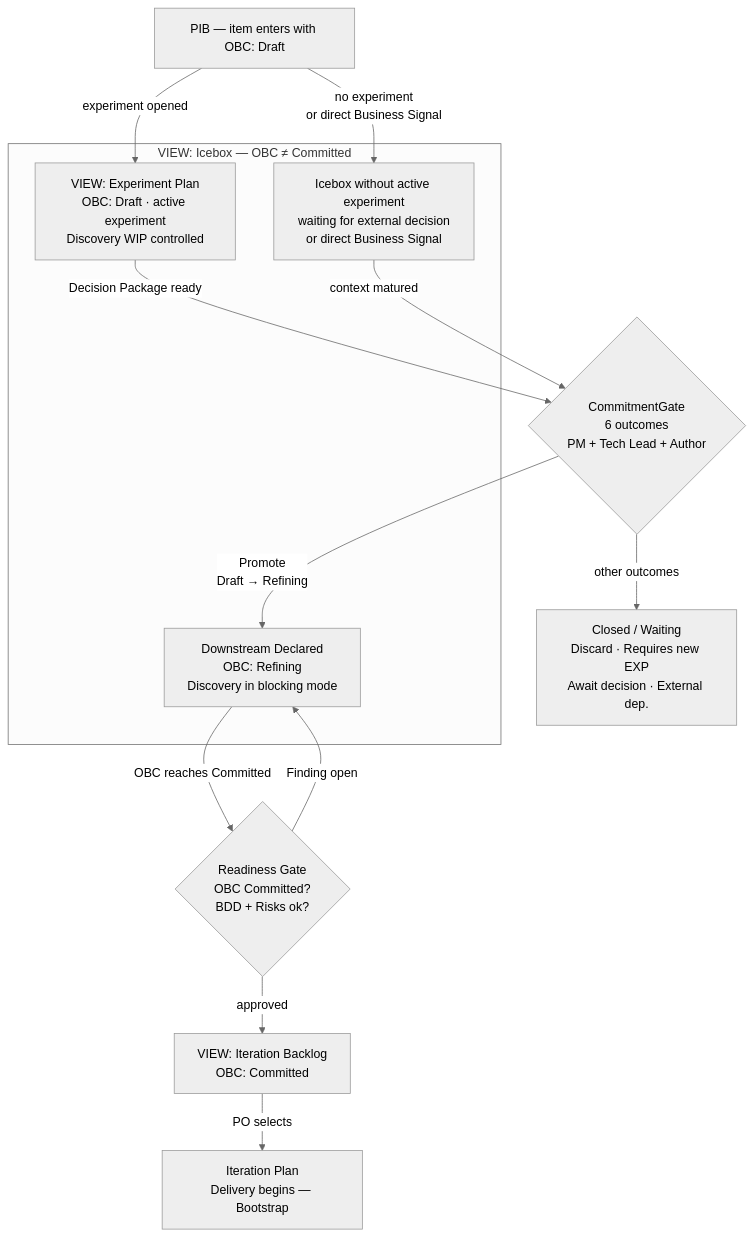
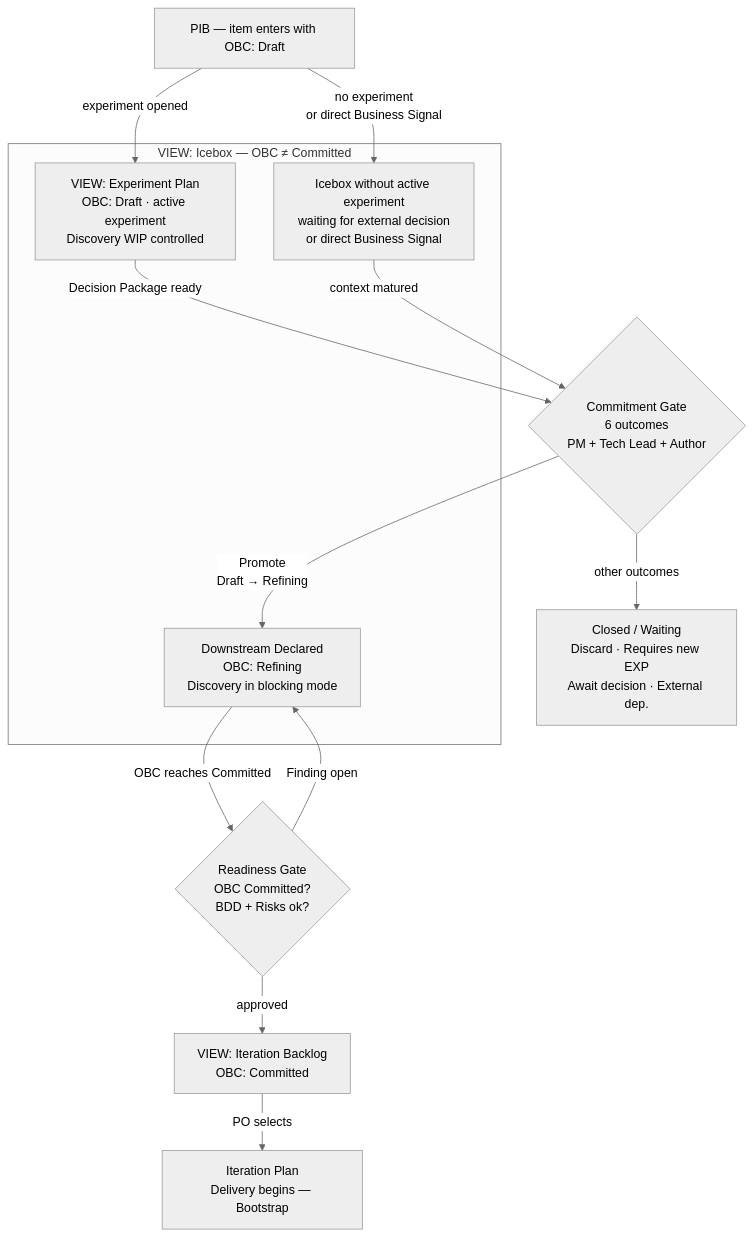
One commit to produtoreativo/from-intent-to-outcome changed the third of 3 diagrams in en/chapter-05.md. Above: the diagram before and after it, drawn with Mermaid (neutral theme). The commit also changed other lines of this file and 26 other files, not shown here.

````diff
--- a/en/chapter-05.md
+++ b/en/chapter-05.md
@@ -148,31 +148,31 @@
 ```mermaid
 flowchart TD
     PIB["PIB — item enters with OBC: Draft"]
 
     subgraph ICE["VIEW: Icebox  —  OBC ≠ Committed"]
         PE["VIEW: Experiment Plan\nOBC: Draft · active experiment\nDiscovery WIP controlled"]
         WAIT["Icebox without active experiment\nwaiting for external decision\nor direct Business Signal"]
         DS["Downstream Declared\nOBC: Refining\nDiscovery in blocking mode"]
     end
 
-    CG{"CommitmentGate\n6 outcomes\nPM + Tech Lead + Author"}
+    CG{"Commitment Gate\n6 outcomes\nPM + Tech Lead + Author"}
     RG{"Readiness Gate\nOBC Committed?\nBDD + Risks ok?"}
     ITB["VIEW: Iteration Backlog\nOBC: Committed"]
     IP["Iteration Plan\nDelivery begins — Bootstrap"]
     OUT["Closed / Waiting\nDiscard · Requires new EXP\nAwait decision · External dep."]
 
     PIB -->|"experiment opened"| PE
     PIB -->|"no experiment\nor direct Business Signal"| WAIT
 
     PE -->|"Decision Package ready"| CG
     WAIT -->|"context matured"| CG
 
     CG -->|"Promote\nDraft → Refining"| DS
     CG -->|"other outcomes"| OUT
 
     DS -->|"OBC reaches Committed"| RG
     RG -->|"approved"| ITB
     RG -->|"Finding open"| DS
 
     ITB -->|"PO selects"| IP
 ```
````
